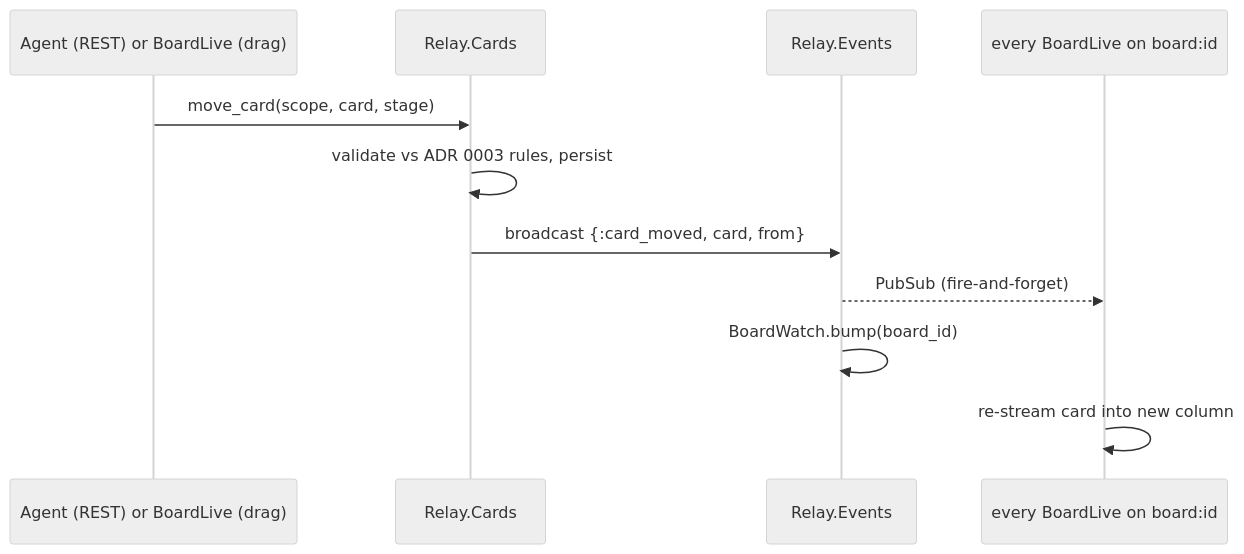
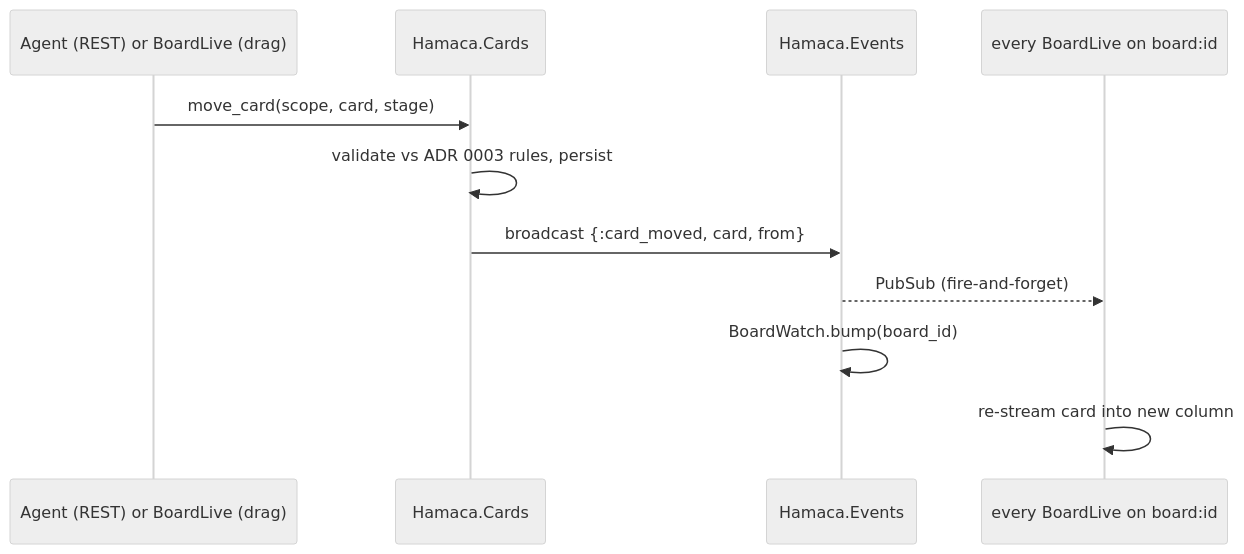
The second of 4 diagrams in docs/architecture/runtime.md (jeremylightsmith/relay), drawn with Mermaid (neutral theme) before and after one commit. The commit also changed other lines of this file and 1704 other files, not shown here.

````diff
--- a/docs/architecture/runtime.md
+++ b/docs/architecture/runtime.md
@@ -196,13 +196,13 @@
 ```mermaid
 sequenceDiagram
     participant A as Agent (REST) or BoardLive (drag)
-    participant C as Relay.Cards
-    participant E as Relay.Events
+    participant C as Hamaca.Cards
+    participant E as Hamaca.Events
     participant L as every BoardLive on board:id
     A->>C: move_card(scope, card, stage)
     C->>C: validate vs ADR 0003 rules, persist
     C->>E: broadcast {:card_moved, card, from}
     E-->>L: PubSub (fire-and-forget)
     E->>E: BoardWatch.bump(board_id)
     L->>L: re-stream card into new column
 ```
````
